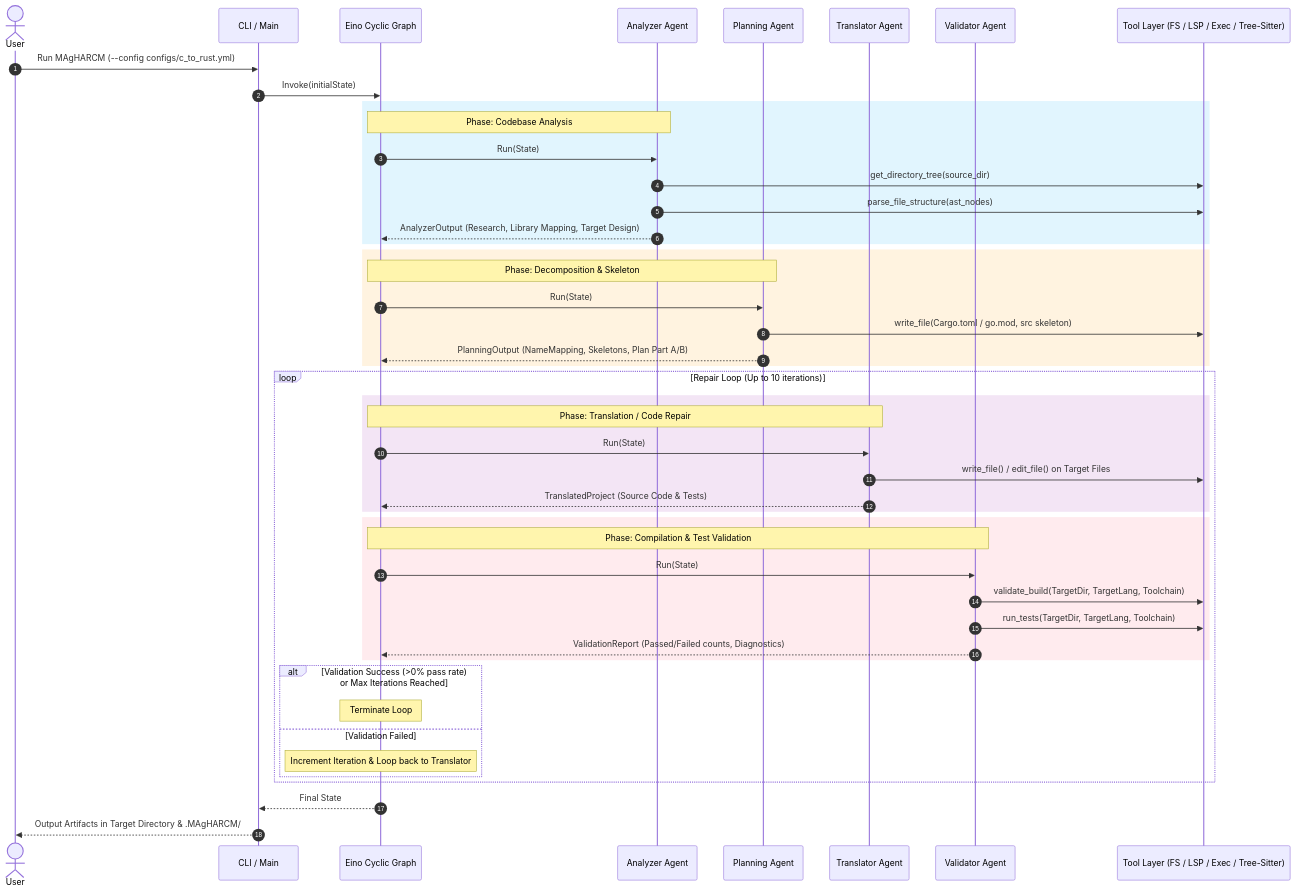
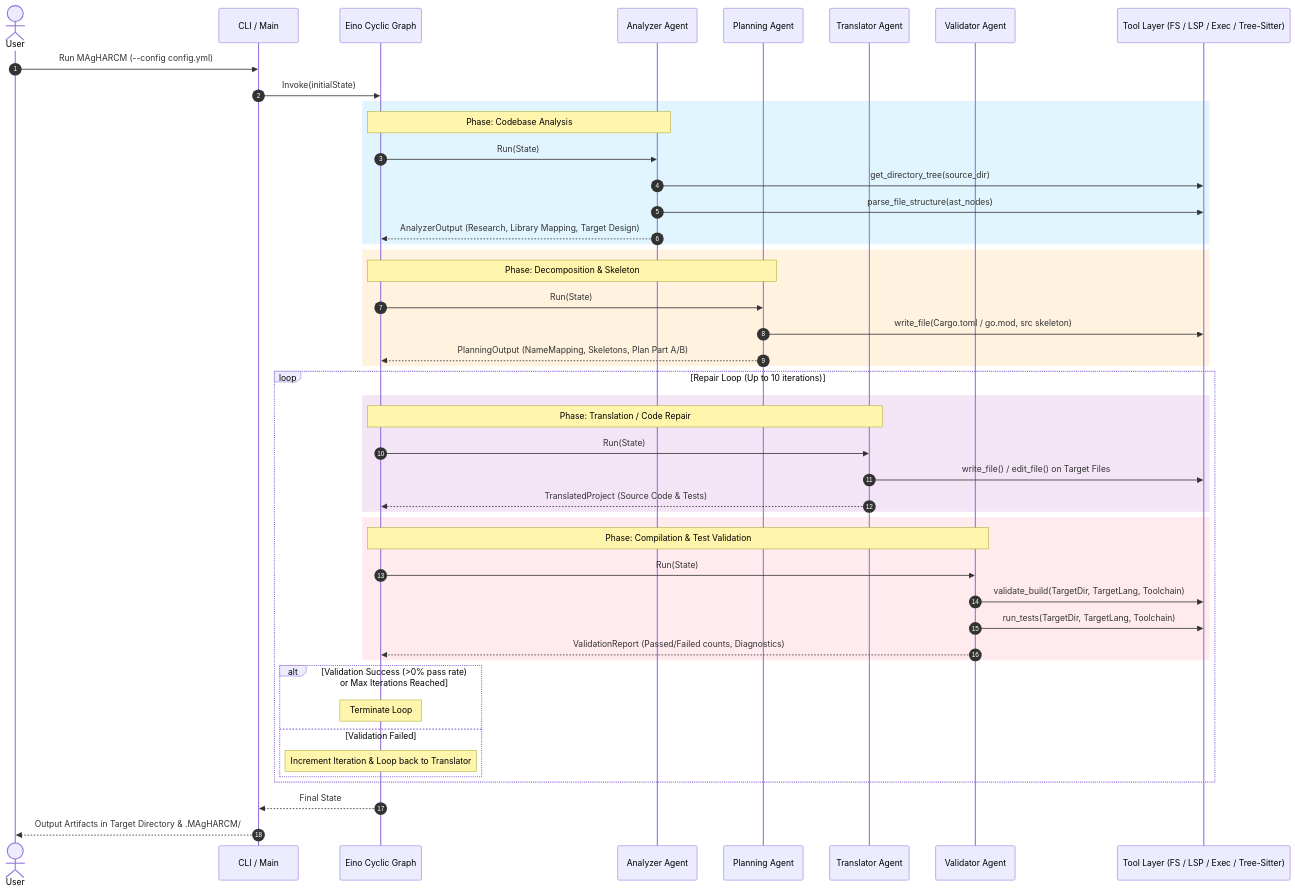
One commit to NTDuck/MAgHARCM changed the second of 2 diagrams in docs/workflow.md. Above: the diagram before and after it, drawn with Mermaid. The commit also changed 6 other files, not shown here.

Commit message:
feat: remove deprecated prompt file, rename config to config.yml, and ensure validation persistence

````diff
--- a/docs/workflow.md
+++ b/docs/workflow.md
@@ -33,56 +33,56 @@
 ```mermaid
 sequenceDiagram
     autonumber
     actor User
     participant CLI as CLI / Main
     participant Graph as Eino Cyclic Graph
     participant Analyzer as Analyzer Agent
     participant Planning as Planning Agent
     participant Translator as Translator Agent
     participant Validator as Validator Agent
     participant Tools as Tool Layer (FS / LSP / Exec / Tree-Sitter)
 
-    User->>CLI: Run MAgHARCM (--config configs/c_to_rust.yml)
+    User->>CLI: Run MAgHARCM (--config config.yml)
     CLI->>Graph: Invoke(initialState)
 
     rect rgb(225, 245, 254)
         Note over Graph,Analyzer: Phase: Codebase Analysis
         Graph->>Analyzer: Run(State)
         Analyzer->>Tools: get_directory_tree(source_dir)
         Analyzer->>Tools: parse_file_structure(ast_nodes)
         Analyzer-->>Graph: AnalyzerOutput (Research, Library Mapping, Target Design)
     end
 
     rect rgb(255, 243, 224)
         Note over Graph,Planning: Phase: Decomposition & Skeleton
         Graph->>Planning: Run(State)
         Planning->>Tools: write_file(Cargo.toml / go.mod, src skeleton)
         Planning-->>Graph: PlanningOutput (NameMapping, Skeletons, Plan Part A/B)
     end
 
     loop Repair Loop (Up to 10 iterations)
         rect rgb(243, 229, 245)
             Note over Graph,Translator: Phase: Translation / Code Repair
             Graph->>Translator: Run(State)
             Translator->>Tools: write_file() / edit_file() on Target Files
             Translator-->>Graph: TranslatedProject (Source Code & Tests)
         end
 
         rect rgb(255, 235, 238)
             Note over Graph,Validator: Phase: Compilation & Test Validation
             Graph->>Validator: Run(State)
             Validator->>Tools: validate_build(TargetDir, TargetLang, Toolchain)
             Validator->>Tools: run_tests(TargetDir, TargetLang, Toolchain)
             Validator-->>Graph: ValidationReport (Passed/Failed counts, Diagnostics)
         end
 
         alt Validation Success (>0% pass rate) or Max Iterations Reached
             Note over Graph: Terminate Loop
         else Validation Failed
             Note over Graph: Increment Iteration & Loop back to Translator
         end
     end
 
     Graph-->>CLI: Final State
     CLI-->>User: Output Artifacts in Target Directory & .MAgHARCM/
 ```
````
